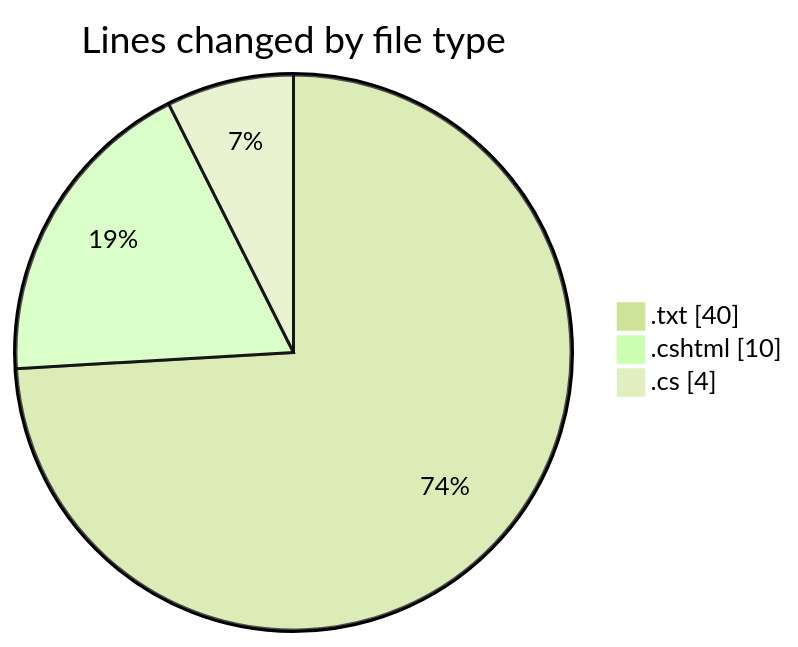
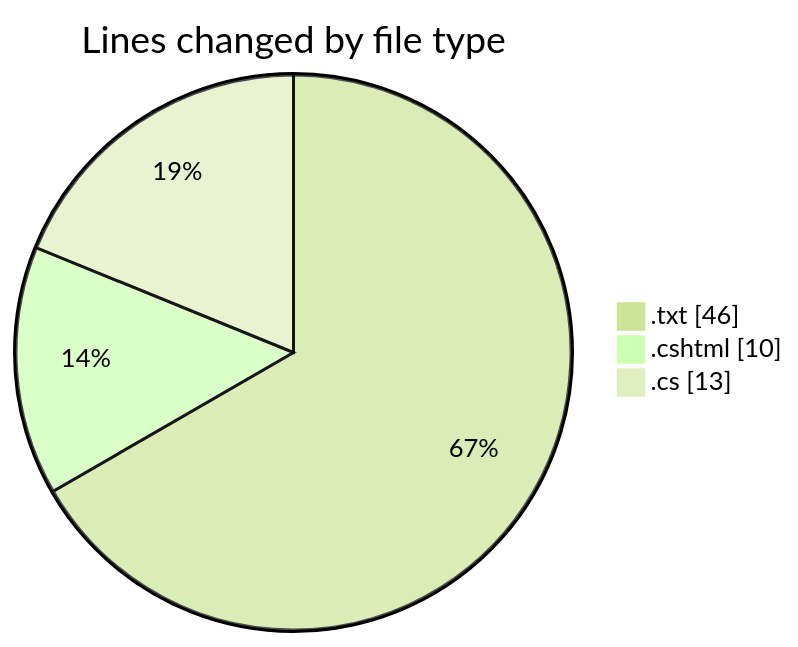
One commit to lephambinh05/code-tracking changed the first of 2 diagrams in 2025-07-25/quanlyrapchieuphim-1/README.md. Above: the diagram before and after it, drawn with Mermaid (forest theme). The commit also changed other lines of this file and 1 other file, not shown here.

````diff
--- a/2025-07-25/quanlyrapchieuphim-1/README.md
+++ b/2025-07-25/quanlyrapchieuphim-1/README.md
@@ -22,7 +22,7 @@
 ```mermaid
 pie showData
 title Lines changed by file type
-".txt" : 40
+".txt" : 46
 ".cshtml" : 10
-".cs" : 4
+".cs" : 13
 ```
````
